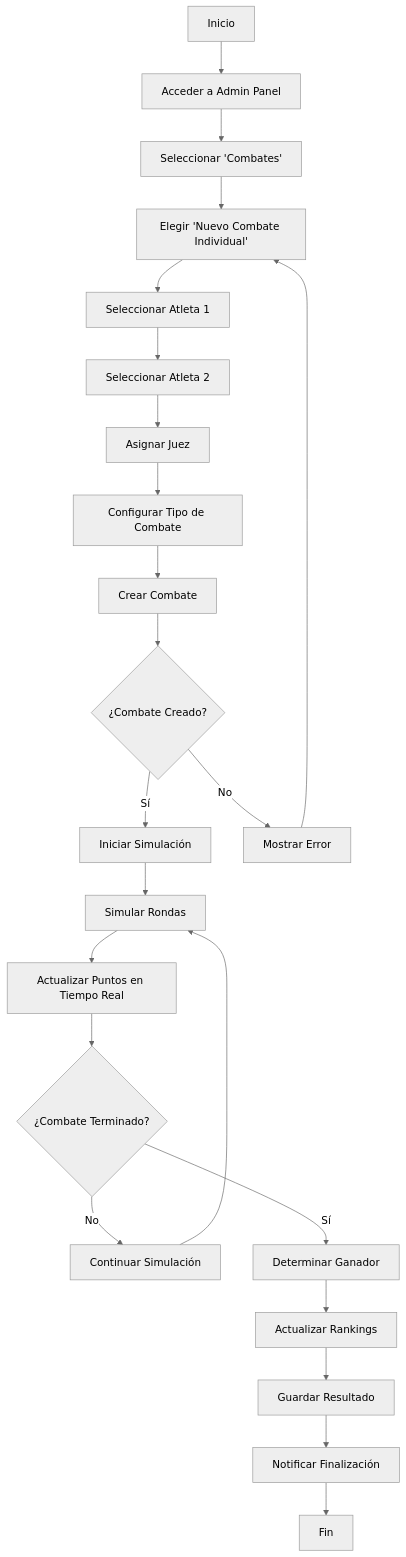
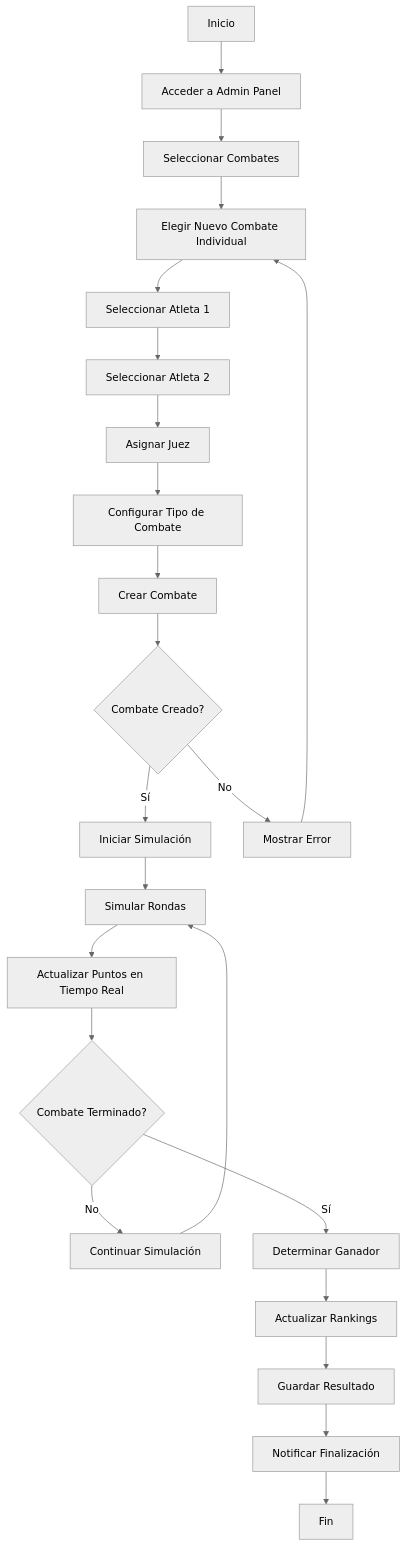
The third of 6 diagrams in DIAGRAMAS_UML.md (agustino42/asociacion-karate), drawn with Mermaid (neutral theme) before and after one commit. The commit also changed other lines of this file, not shown here.

Commit message:
DIAGRAMAS_UML

````diff
--- a/DIAGRAMAS_UML.md
+++ b/DIAGRAMAS_UML.md
@@ -193,28 +192,28 @@
 ```mermaid
 flowchart TD
     A[Inicio] --> B[Acceder a Admin Panel]
-    B --> C[Seleccionar 'Combates']
-    C --> D[Elegir 'Nuevo Combate Individual']
+    B --> C[Seleccionar Combates]
+    C --> D[Elegir Nuevo Combate Individual]
     D --> E[Seleccionar Atleta 1]
     E --> F[Seleccionar Atleta 2]
     F --> G[Asignar Juez]
     G --> H[Configurar Tipo de Combate]
     H --> I[Crear Combate]
-    I --> J{¿Combate Creado?}
+    I --> J{Combate Creado?}
     
     J -->|Sí| K[Iniciar Simulación]
     J -->|No| L[Mostrar Error]
     L --> D
     
     K --> M[Simular Rondas]
     M --> N[Actualizar Puntos en Tiempo Real]
-    N --> O{¿Combate Terminado?}
+    N --> O{Combate Terminado?}
     
     O -->|No| P[Continuar Simulación]
     P --> M
     O -->|Sí| Q[Determinar Ganador]
     Q --> R[Actualizar Rankings]
     R --> S[Guardar Resultado]
     S --> T[Notificar Finalización]
     T --> U[Fin]
 ```
````
